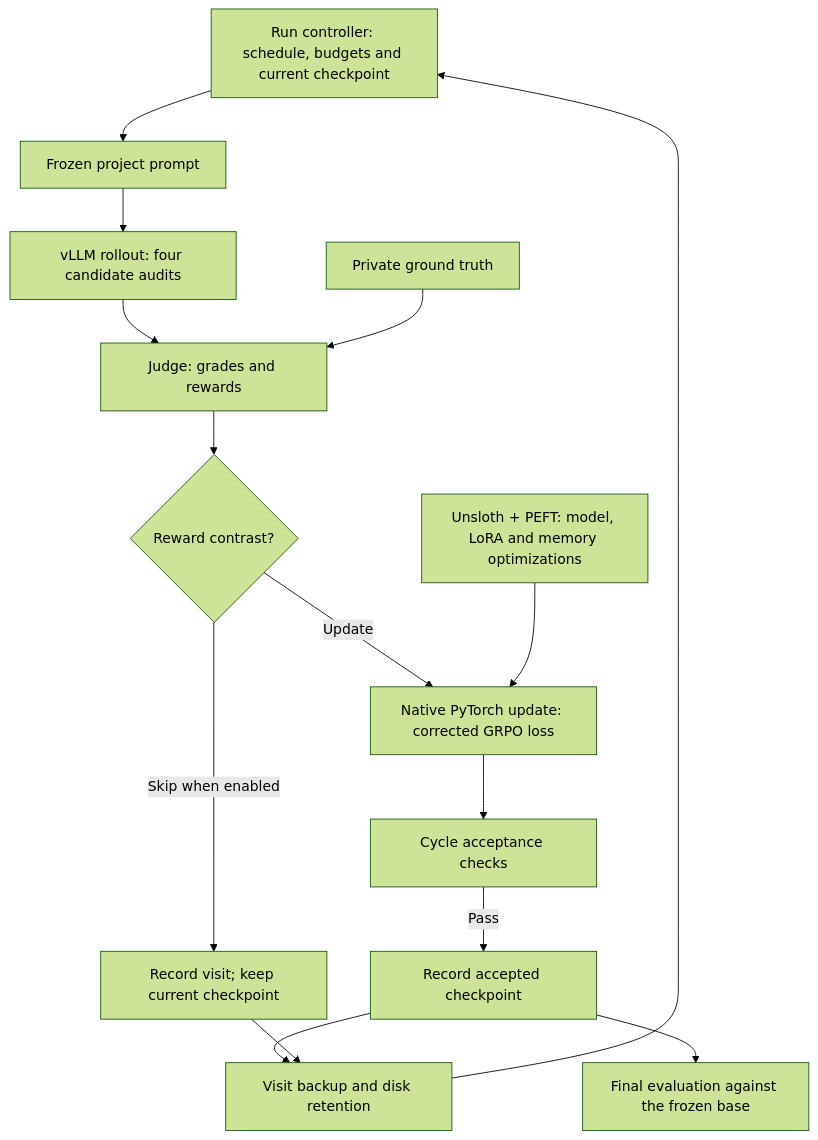
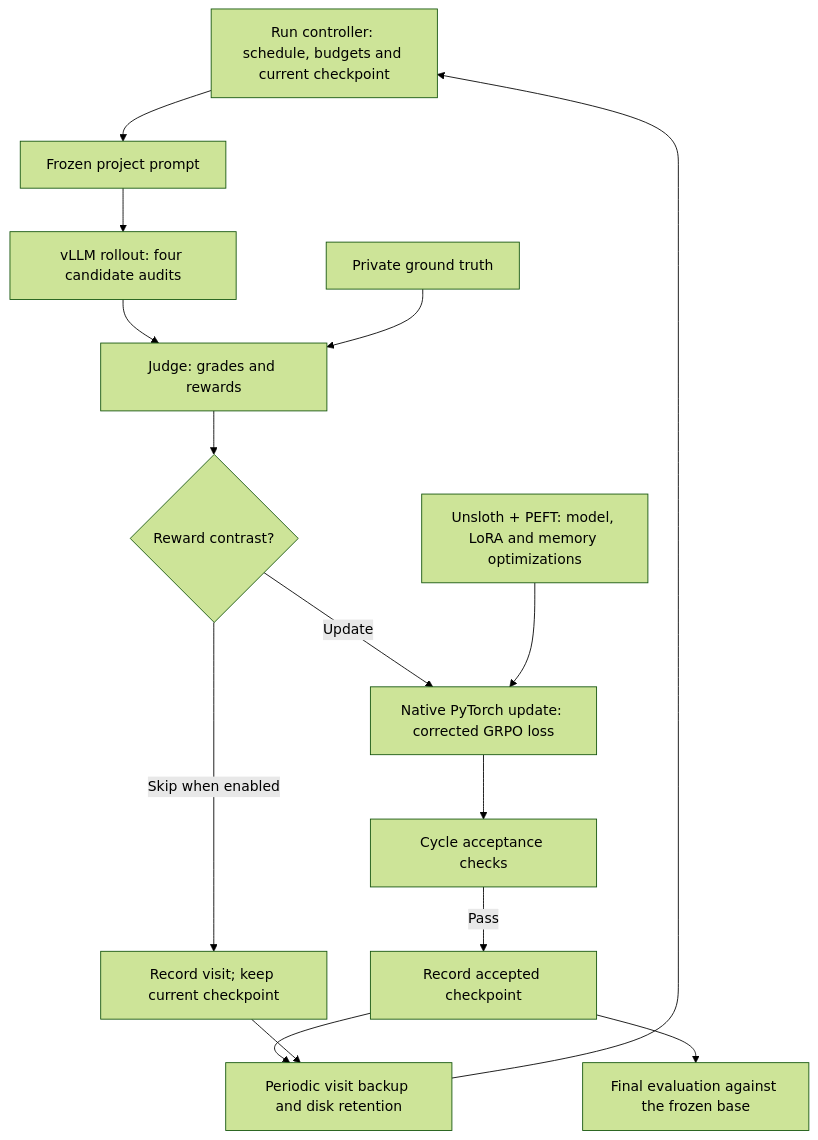
Before and after one commit to hyonbokan/audit-grpo-runtime: the diagram in README.md, drawn with Mermaid (forest theme). The commit also changed 9 other files, not shown here.

First line of the commit message:
Thin backups every visit_backup_interval visits

````diff
--- a/README.md
+++ b/README.md
@@ -34,17 +34,17 @@
 ```mermaid
 flowchart TD
     C["Run controller: schedule, budgets and current checkpoint"] --> P["Frozen project prompt"]
     P --> R["vLLM rollout: four candidate audits"]
     R --> J["Judge: grades and rewards"]
     G["Private ground truth"] --> J
     J --> D{"Reward contrast?"}
     D -->|"Update"| U["Native PyTorch update: corrected GRPO loss"]
     L["Unsloth + PEFT: model, LoRA and memory optimizations"] --> U
     U --> A["Cycle acceptance checks"]
     A -->|"Pass"| K["Record accepted checkpoint"]
     D -->|"Skip when enabled"| S["Record visit; keep current checkpoint"]
-    K --> B["Visit backup and disk retention"]
+    K --> B["Periodic visit backup and disk retention"]
     S --> B
     B --> C
     K --> V["Final evaluation against the frozen base"]
 ```
````
